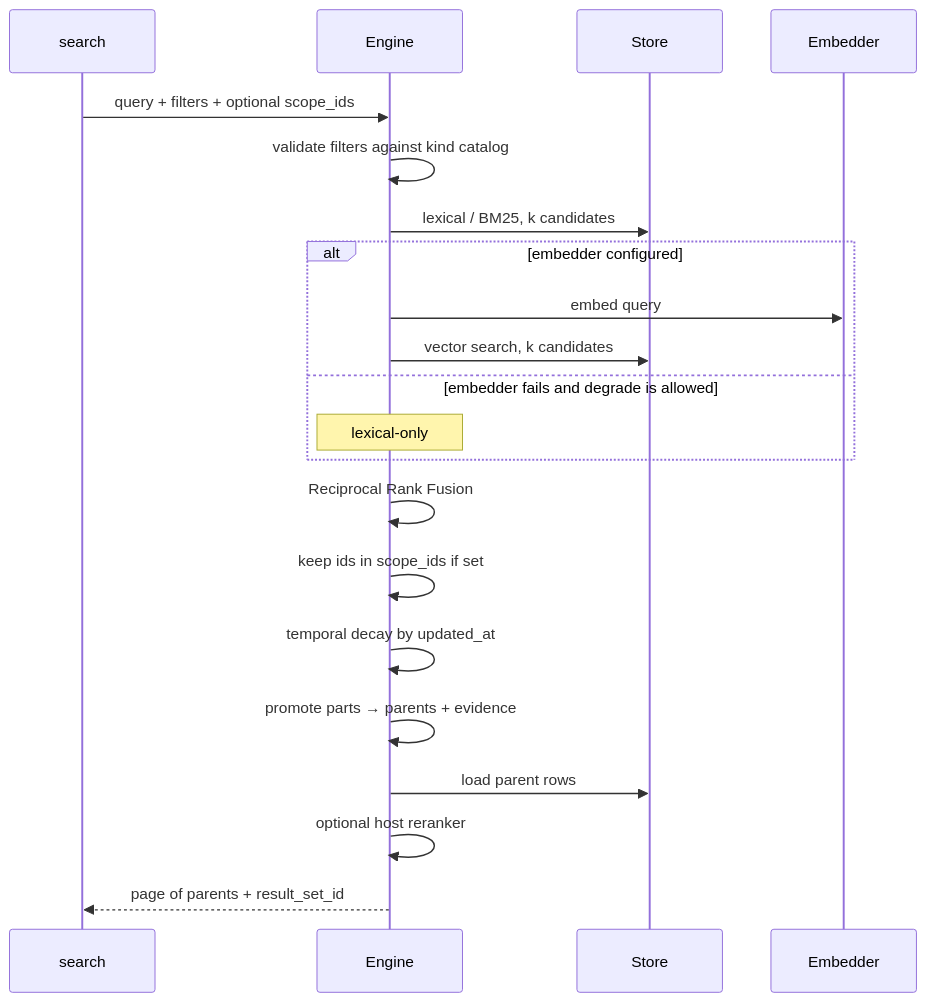
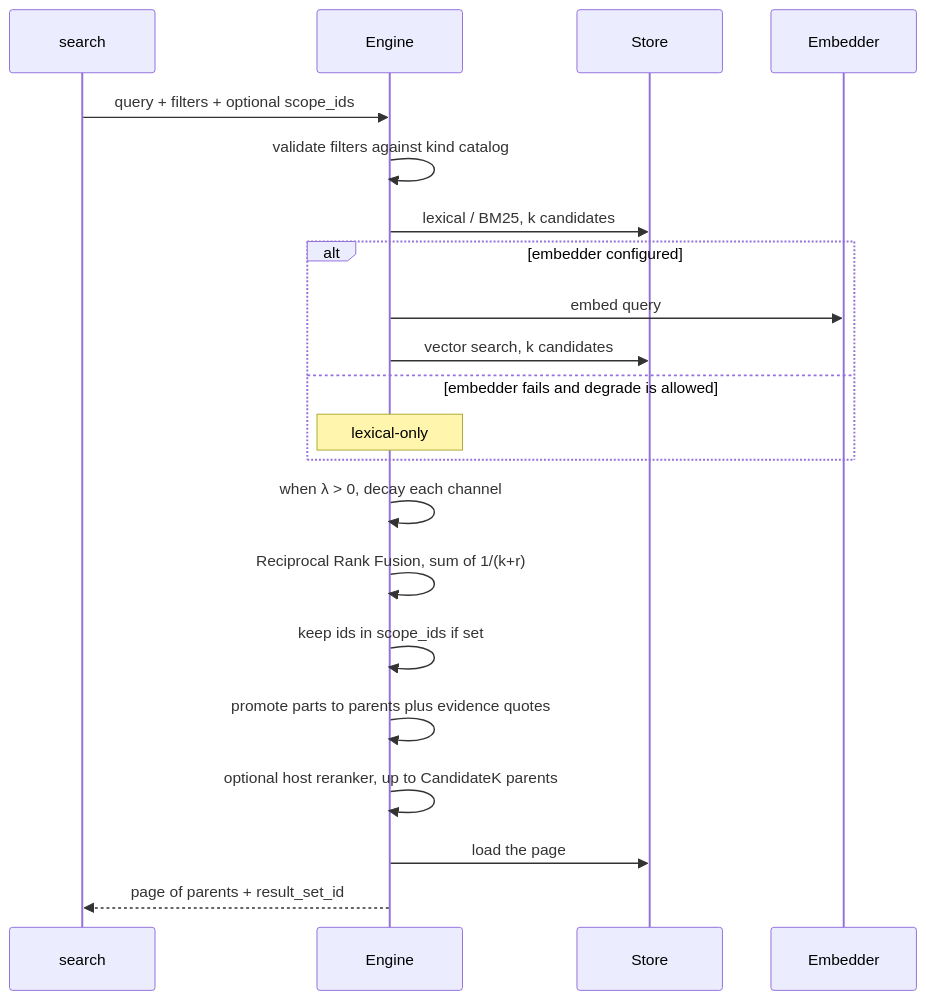
Before and after one commit to FarhanKhondakar/tacklr: the seventh of 8 diagrams in docs/knowledge.md, drawn with Mermaid. The commit also changed other lines of this file and 14 other files, not shown here.

````diff
--- a/docs/knowledge.md
+++ b/docs/knowledge.md
@@ -490,24 +490,24 @@
 ```mermaid
 sequenceDiagram
     participant T as search
     participant E as Engine
     participant S as Store
     participant Emb as Embedder
 
     T->>E: query + filters + optional scope_ids
     E->>E: validate filters against kind catalog
     E->>S: lexical / BM25, k candidates
     alt embedder configured
         E->>Emb: embed query
         E->>S: vector search, k candidates
     else embedder fails and degrade is allowed
         Note over E: lexical-only
     end
-    E->>E: Reciprocal Rank Fusion
+    E->>E: when λ > 0, decay each channel
+    E->>E: Reciprocal Rank Fusion, sum of 1/(k+r)
     E->>E: keep ids in scope_ids if set
-    E->>E: temporal decay by updated_at
-    E->>E: promote parts → parents + evidence
-    E->>S: load parent rows
-    E->>E: optional host reranker
+    E->>E: promote parts to parents plus evidence quotes
+    E->>E: optional host reranker, up to CandidateK parents
+    E->>S: load the page
     E-->>T: page of parents + result_set_id
 ```
````
